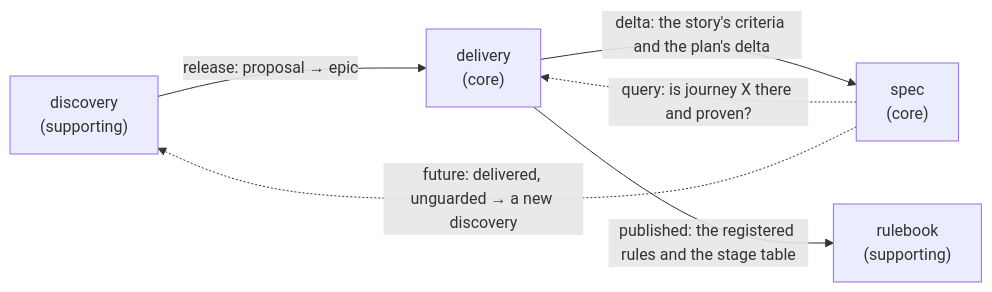
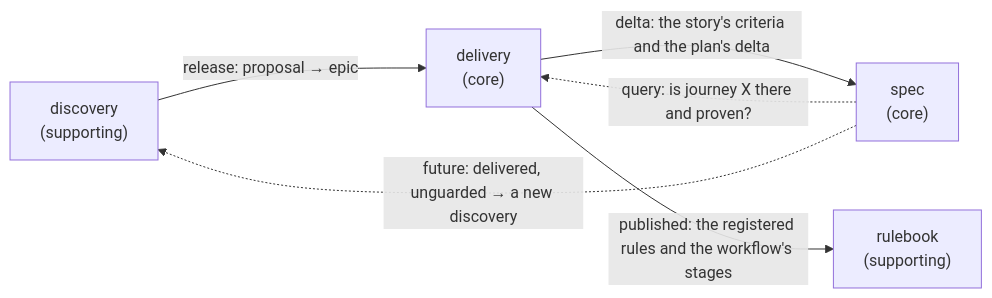
Before and after one commit to domain-centric-development/dca-marketplace: the diagram in plugins/dca-factory/docs/context-map.md, drawn with Mermaid. The commit also changed other lines of this file and 70 other files, not shown here.

````diff
--- a/plugins/dca-factory/docs/context-map.md
+++ b/plugins/dca-factory/docs/context-map.md
@@ -6,8 +6,8 @@
 ```mermaid
 flowchart LR
     discovery["discovery<br/>(supporting)"] -- "release: proposal → epic" --> delivery["delivery<br/>(core)"]
     delivery -- "delta: the story's criteria and the plan's delta" --> spec["spec<br/>(core)"]
     spec -. "query: is journey X there and proven?" .-> delivery
     spec -. "future: delivered, unguarded → a new discovery" .-> discovery
-    delivery -- "published: the registered rules and the stage table" --> rulebook["rulebook<br/>(supporting)"]
+    delivery -- "published: the registered rules and the workflow's stages" --> rulebook["rulebook<br/>(supporting)"]
 ```
````
